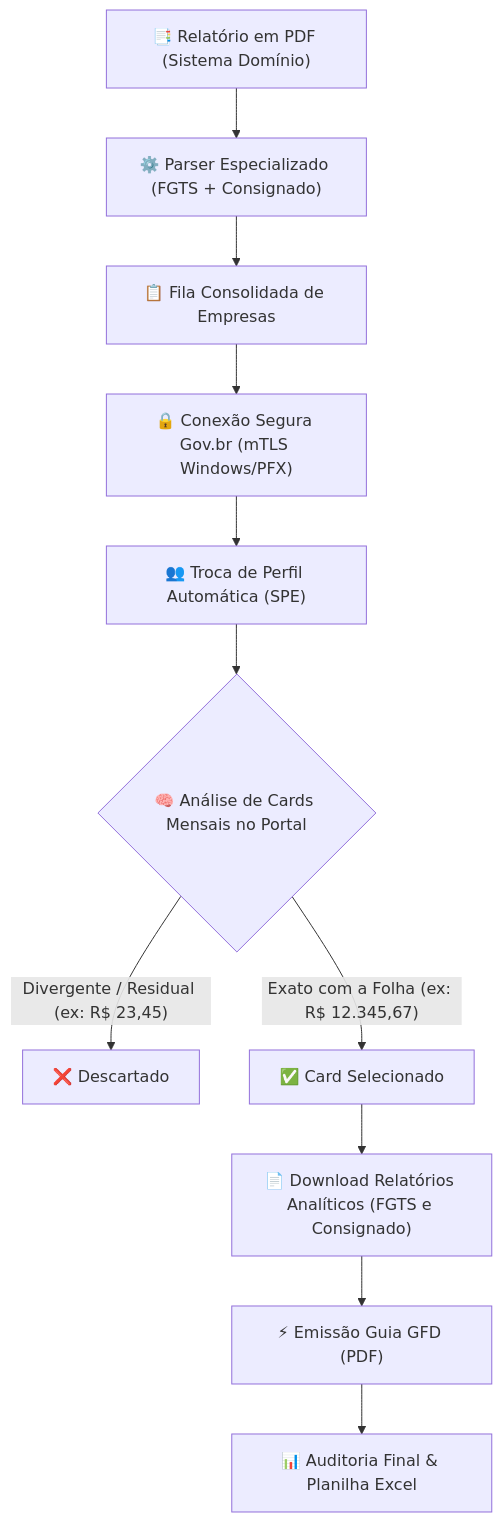
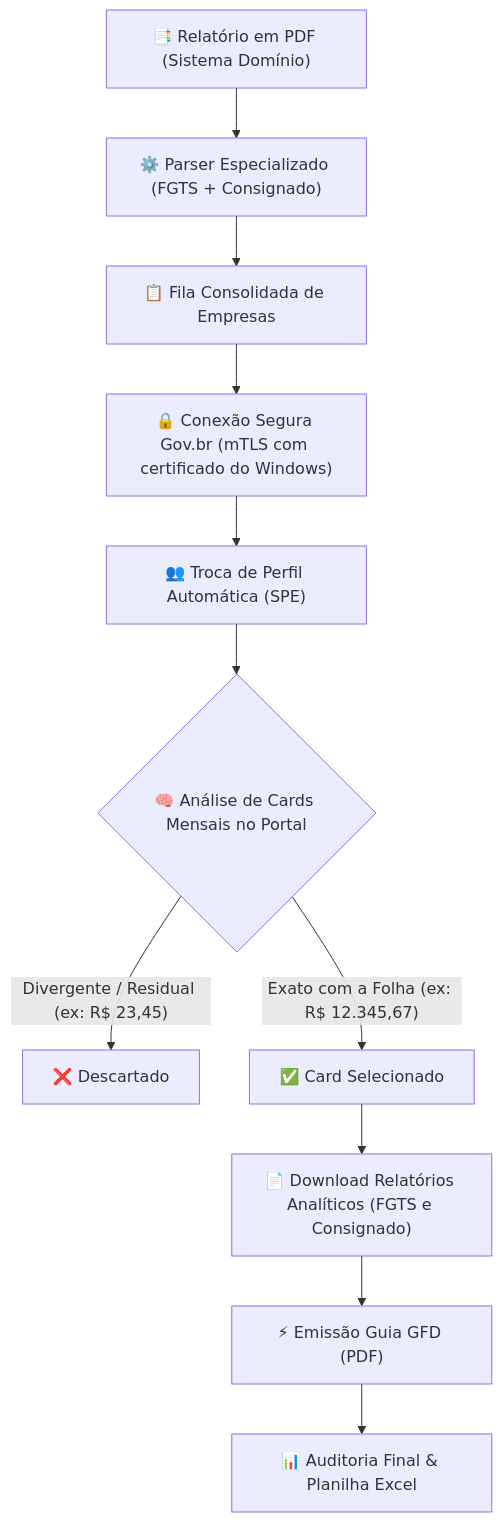
Before and after one commit to AlcidesDiogenes/automacao-fgts-digital: the diagram in README.md, drawn with Mermaid. The commit also changed other lines of this file and 22 other files, not shown here.

````diff
--- a/README.md
+++ b/README.md
@@ -131,13 +131,13 @@
 ```mermaid
 flowchart TD
     A["📑 Relatório em PDF (Sistema Domínio)"] --> B["⚙️ Parser Especializado (FGTS + Consignado)"]
     B --> C["📋 Fila Consolidada de Empresas"]
-    C --> D["🔒 Conexão Segura Gov.br (mTLS Windows/PFX)"]
+    C --> D["🔒 Conexão Segura Gov.br (mTLS com certificado do Windows)"]
     D --> E["👥 Troca de Perfil Automática (SPE)"]
     E --> F{"🧠 Análise de Cards Mensais no Portal"}
     F -->|"Divergente / Residual (ex: R$ 23,45)"| G["❌ Descartado"]
     F -->|"Exato com a Folha (ex: R$ 12.345,67)"| H["✅ Card Selecionado"]
     H --> I["📄 Download Relatórios Analíticos (FGTS e Consignado)"]
     I --> J["⚡ Emissão Guia GFD (PDF)"]
     J --> K["📊 Auditoria Final & Planilha Excel"]
 ```
````
